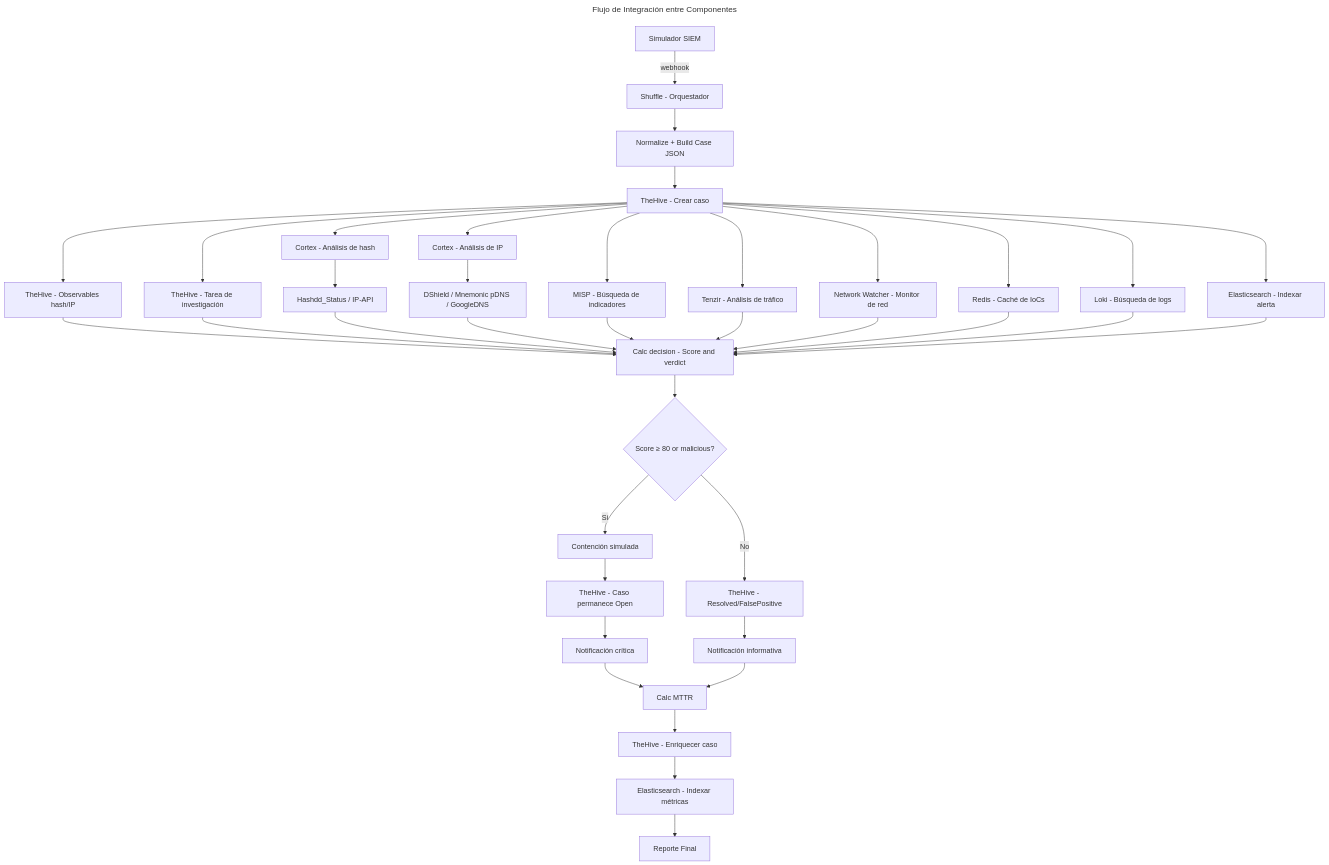
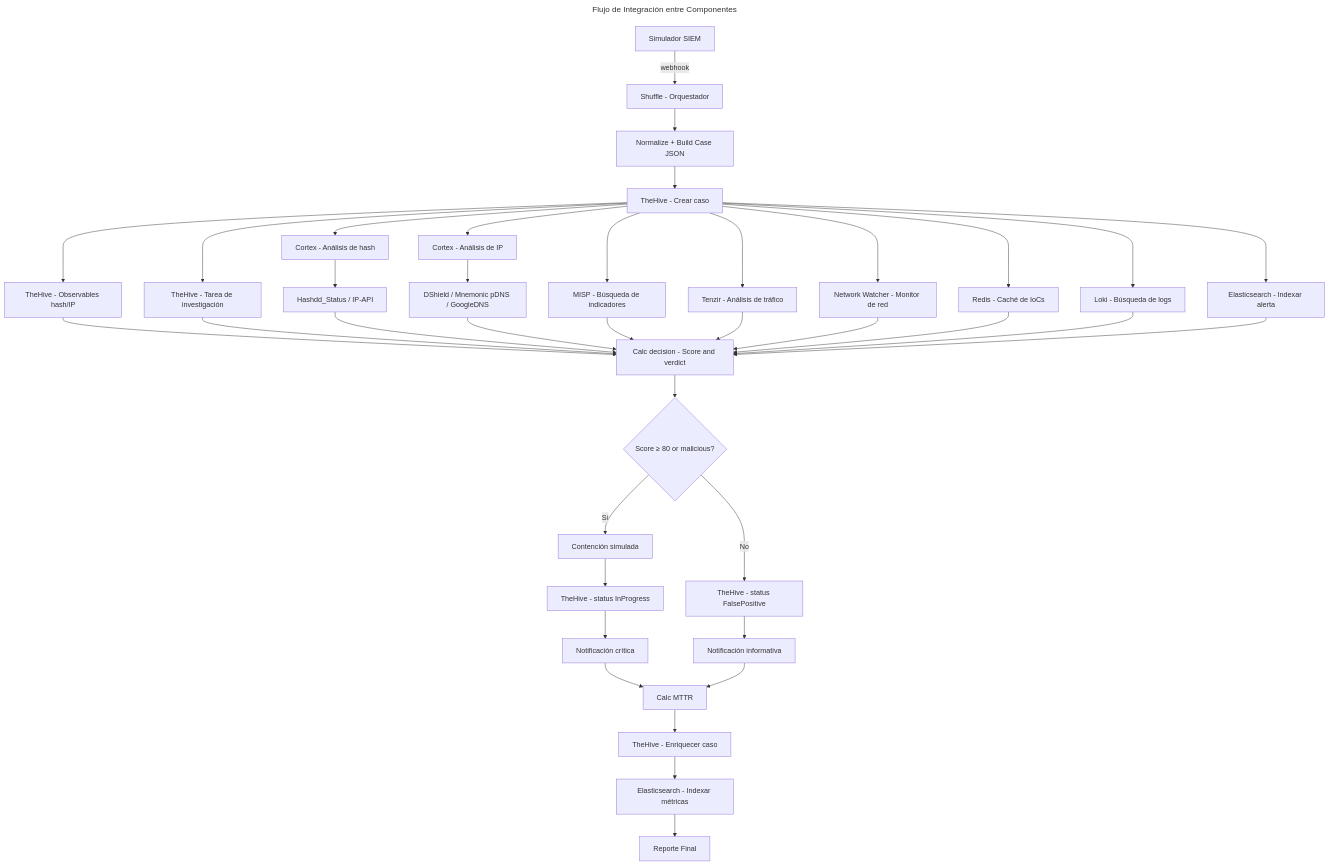
Before and after one commit to alesanfe/soar-ransomware-lab: diagram 20 of 22 in docs/02-architecture.md, drawn with Mermaid. The commit also changed other lines of this file and 107 other files, not shown here.

````diff
--- a/docs/02-architecture.md
+++ b/docs/02-architecture.md
@@ -3683,42 +3679,42 @@
 ```mermaid
 ---
 title: Flujo de Integración entre Componentes
 ---
 graph TD
     A[Simulador SIEM] -->|webhook| B[Shuffle - Orquestador]
     B --> C[Normalize + Build Case JSON]
     C --> D[TheHive - Crear caso]
     D --> E[TheHive - Observables hash/IP]
     D --> F[TheHive - Tarea de investigación]
     D --> G[Cortex - Análisis de hash]
     D --> H[Cortex - Análisis de IP]
     G --> I[Hashdd_Status / IP-API]
     H --> J[DShield / Mnemonic pDNS / GoogleDNS]
     D --> K[MISP - Búsqueda de indicadores]
     D --> L[Tenzir - Análisis de tráfico]
     D --> M[Network Watcher - Monitor de red]
     D --> N[Redis - Caché de IoCs]
     D --> O[Loki - Búsqueda de logs]
     D --> ES[Elasticsearch - Indexar alerta]
     E --> P[Calc decision - Score and verdict]
     F --> P
     I --> P
     J --> P
     K --> P
     L --> P
     M --> P
     N --> P
     O --> P
     ES --> P
     P --> Q{Score ≥ 80 or malicious?}
     Q -->|Sí| R[Contención simulada]
-    Q -->|No| S[TheHive - Resolved/FalsePositive]
-    R --> T[TheHive - Caso permanece Open]
+    Q -->|No| S[TheHive - status FalsePositive]
+    R --> T[TheHive - status InProgress]
     T --> V[Notificación crítica]
     S --> W[Notificación informativa]
     V --> Y[Calc MTTR]
     W --> Y
     Y --> X[TheHive - Enriquecer caso]
     X --> Z[Elasticsearch - Indexar métricas]
     Z --> AA[Reporte Final]
 ```
````
